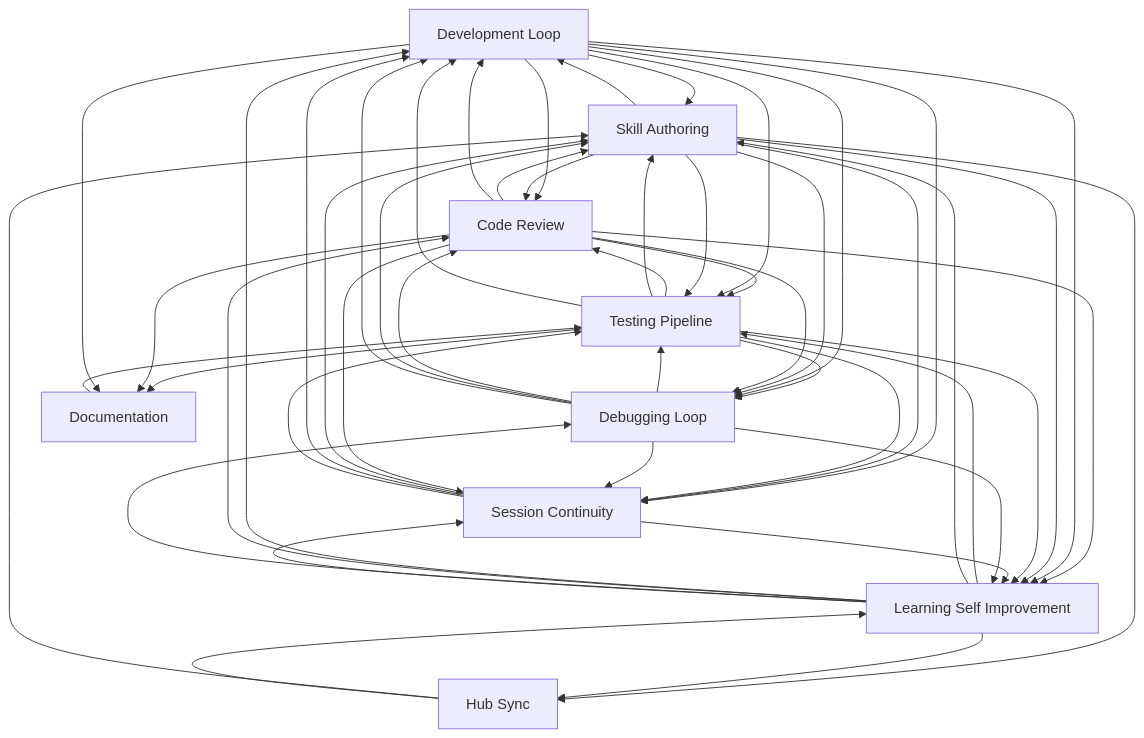
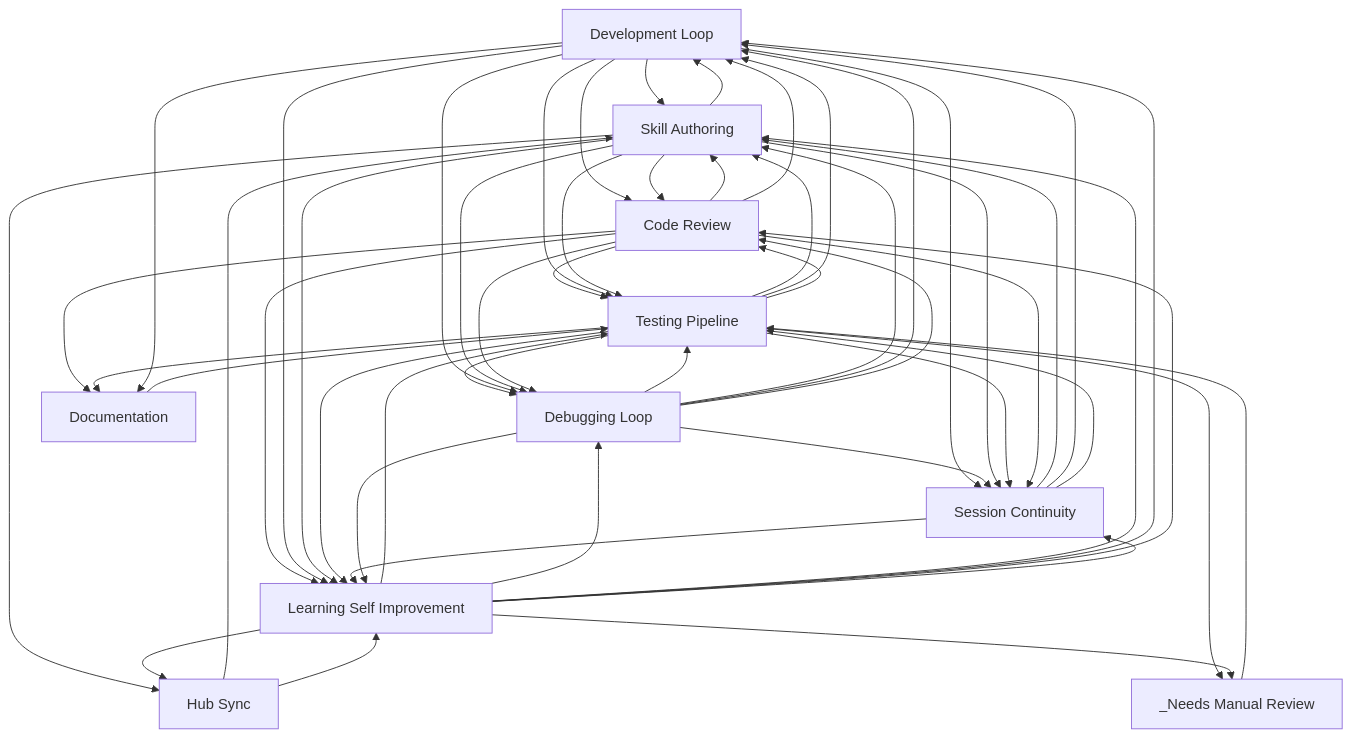
The diagram in docs/workflows/INDEX.md (abhayla/claude-best-practices), drawn with Mermaid before and after one commit. The commit also changed other lines of this file and 23 other files, not shown here.

````diff
--- a/docs/workflows/INDEX.md
+++ b/docs/workflows/INDEX.md
@@ -21,60 +22,64 @@
 ```mermaid
 graph TD
     development_loop[Development Loop]
     testing_pipeline[Testing Pipeline]
     debugging_loop[Debugging Loop]
     learning_self_improvement[Learning Self Improvement]
     session_continuity[Session Continuity]
     skill_authoring[Skill Authoring]
     code_review[Code Review]
     documentation[Documentation]
     hub_sync[Hub Sync]
+    _needs_manual_review[_Needs Manual Review]
     documentation --> testing_pipeline
     code_review --> skill_authoring
     code_review --> development_loop
     development_loop --> skill_authoring
     development_loop --> code_review
     code_review --> testing_pipeline
     code_review --> learning_self_improvement
     development_loop --> testing_pipeline
     development_loop --> learning_self_improvement
+    testing_pipeline --> debugging_loop
+    testing_pipeline --> skill_authoring
+    testing_pipeline --> development_loop
     testing_pipeline --> code_review
     debugging_loop --> testing_pipeline
-    debugging_loop --> code_review
-    testing_pipeline --> debugging_loop
-    development_loop --> debugging_loop
-    testing_pipeline --> skill_authoring
-    testing_pipeline --> development_loop
     debugging_loop --> skill_authoring
     debugging_loop --> development_loop
+    debugging_loop --> code_review
+    development_loop --> debugging_loop
     skill_authoring --> code_review
     skill_authoring --> development_loop
     skill_authoring --> testing_pipeline
     skill_authoring --> learning_self_improvement
+    code_review --> documentation
     testing_pipeline --> documentation
-    code_review --> documentation
     development_loop --> documentation
     development_loop --> session_continuity
+    testing_pipeline --> _needs_manual_review
+    debugging_loop --> session_continuity
     skill_authoring --> session_continuity
     testing_pipeline --> session_continuity
-    debugging_loop --> session_continuity
     skill_authoring --> debugging_loop
     learning_self_improvement --> testing_pipeline
+    learning_self_improvement --> debugging_loop
     learning_self_improvement --> skill_authoring
     learning_self_improvement --> development_loop
     learning_self_improvement --> code_review
-    learning_self_improvement --> debugging_loop
     code_review --> debugging_loop
     testing_pipeline --> learning_self_improvement
+    code_review --> session_continuity
     learning_self_improvement --> session_continuity
-    code_review --> session_continuity
     session_continuity --> skill_authoring
     session_continuity --> learning_self_improvement
     session_continuity --> development_loop
     session_continuity --> testing_pipeline
+    _needs_manual_review --> testing_pipeline
     skill_authoring --> hub_sync
     debugging_loop --> learning_self_improvement
     learning_self_improvement --> hub_sync
+    learning_self_improvement --> _needs_manual_review
     hub_sync --> skill_authoring
     hub_sync --> learning_self_improvement
 ```
````
